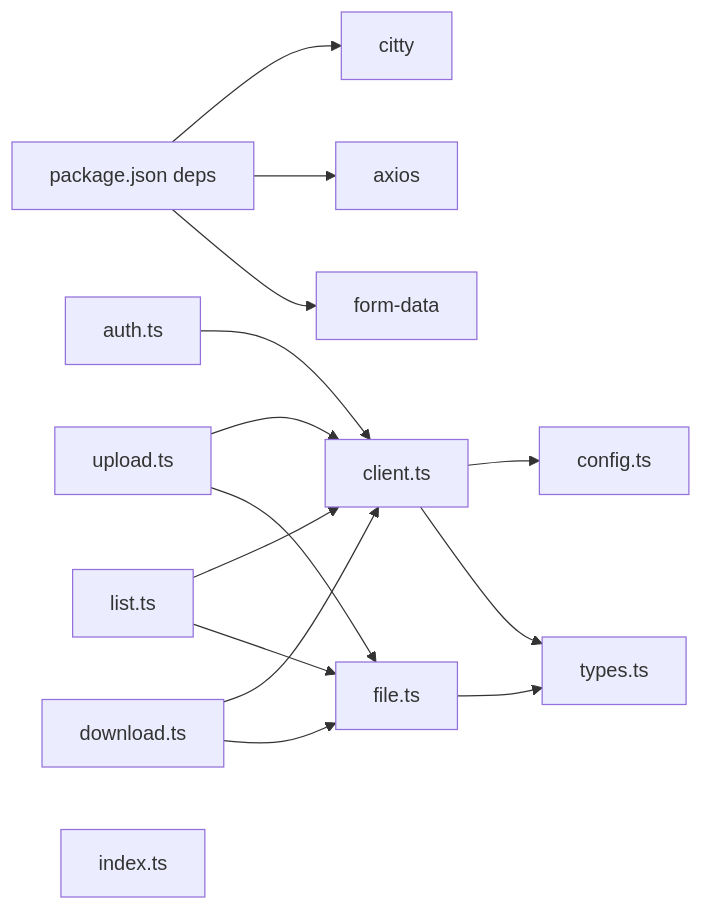
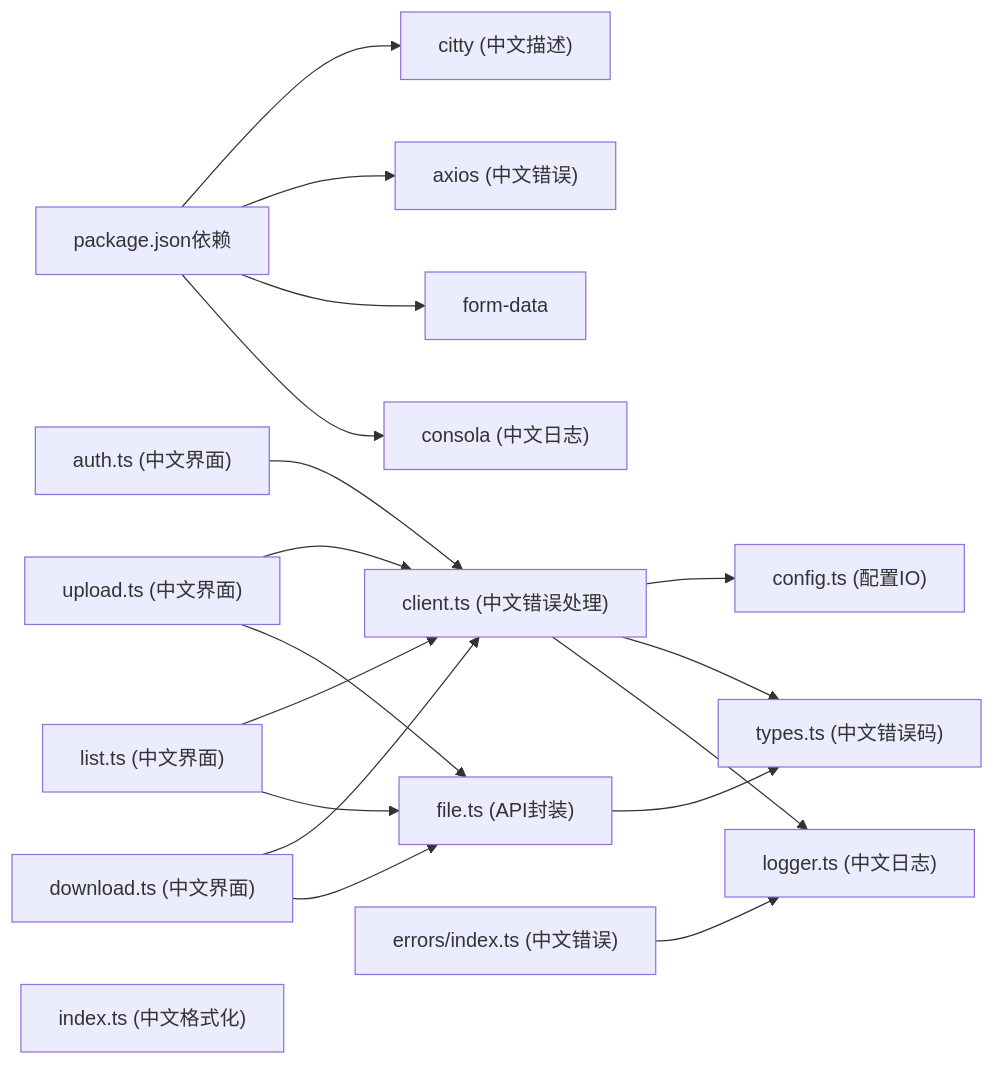
One commit to yuexiaoliang/baiduwangpan-manager changed the seventh of 7 diagrams in .qoder/repowiki/en/content/Project Overview.md. Above: the diagram before and after it, drawn with Mermaid. The commit also changed other lines of this file and 30 other files, not shown here.

````diff
--- a/.qoder/repowiki/en/content/Project Overview.md
+++ b/.qoder/repowiki/en/content/Project Overview.md
@@ -348,29 +375,35 @@
 ```mermaid
 graph LR
-PKG["package.json deps"]
-CITTY["citty"]
-AXIOS["axios"]
+PKG["package.json依赖"]
+CITTY["citty (中文描述)"]
+AXIOS["axios (中文错误)"]
 FDATA["form-data"]
-AUTH["auth.ts"]
-LIST["list.ts"]
-UPLOAD["upload.ts"]
-DOWNLOAD["download.ts"]
-CLIENT["client.ts"]
-FILEAPI["file.ts"]
-TYPES["types.ts"]
-CFG["config.ts"]
-UTILS["index.ts"]
+CONSOLA["consola (中文日志)"]
+AUTH["auth.ts (中文界面)"]
+LIST["list.ts (中文界面)"]
+UPLOAD["upload.ts (中文界面)"]
+DOWNLOAD["download.ts (中文界面)"]
+CLIENT["client.ts (中文错误处理)"]
+FILEAPI["file.ts (API封装)"]
+TYPES["types.ts (中文错误码)"]
+CFG["config.ts (配置IO)"]
+UTILS["index.ts (中文格式化)"]
+LOGGER["logger.ts (中文日志)"]
+ERRORS["errors/index.ts (中文错误)"]
 PKG --> CITTY
 PKG --> AXIOS
 PKG --> FDATA
+PKG --> CONSOLA
 AUTH --> CLIENT
 LIST --> CLIENT
 UPLOAD --> CLIENT
 DOWNLOAD --> CLIENT
 CLIENT --> CFG
 CLIENT --> TYPES
+CLIENT --> LOGGER
 FILEAPI --> TYPES
 UPLOAD --> FILEAPI
 DOWNLOAD --> FILEAPI
 LIST --> FILEAPI
+ERRORS --> LOGGER
 ```
````
